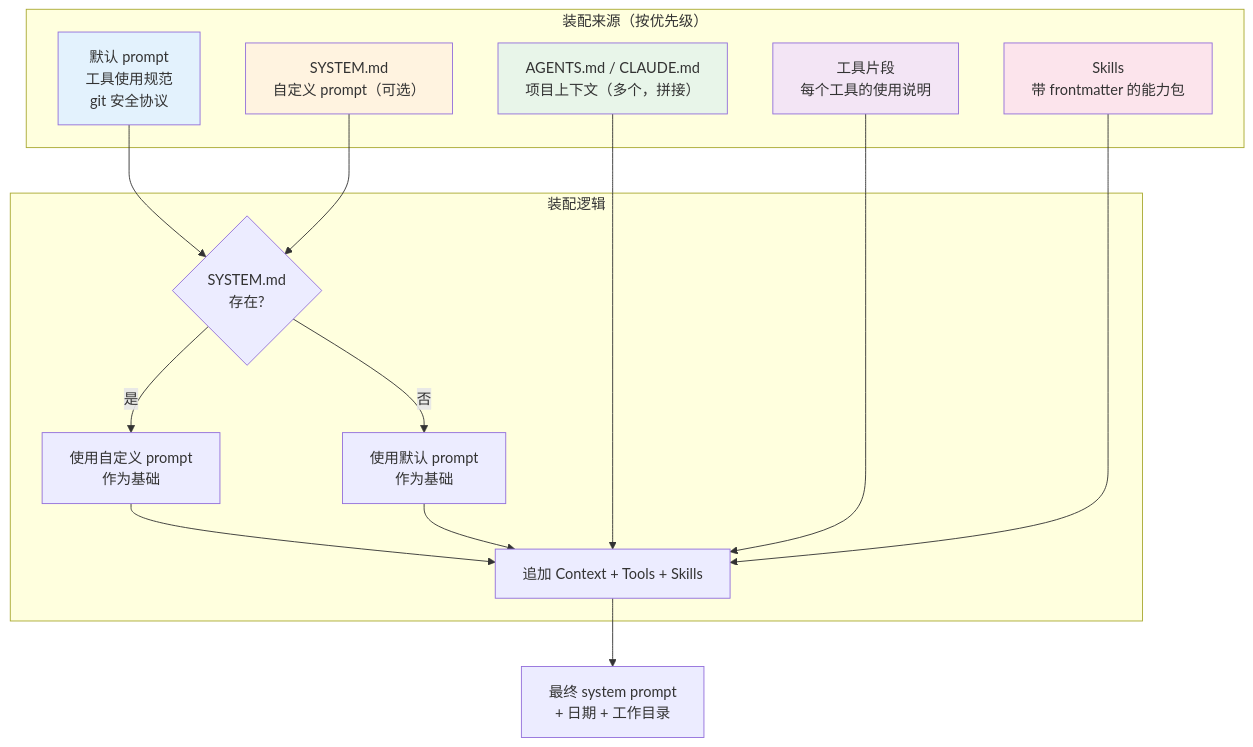
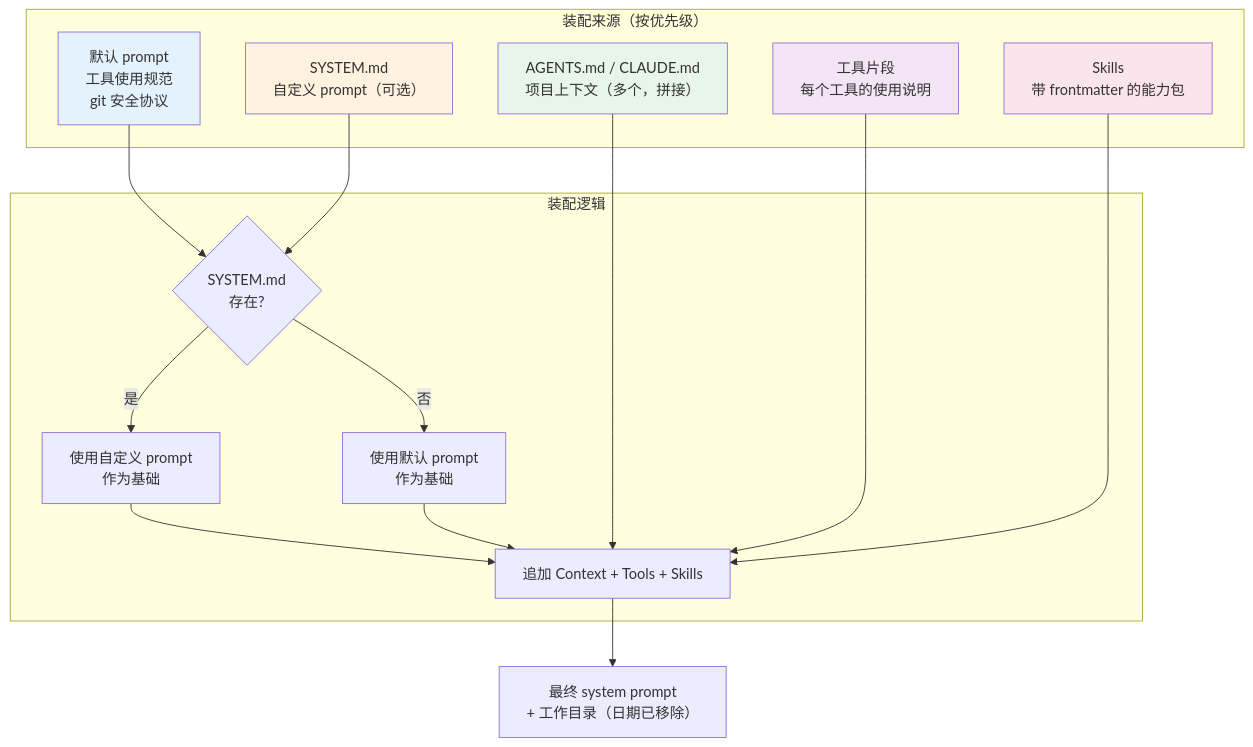
The first of 2 diagrams in src/ch14-system-prompt.md (disanrencheng/pi-book), drawn with Mermaid before and after one commit. The commit also changed other lines of this file and 69 other files, not shown here.

````diff
--- a/src/ch14-system-prompt.md
+++ b/src/ch14-system-prompt.md
@@ -13,33 +13,33 @@
 ```mermaid
 flowchart TD
     subgraph Sources["装配来源（按优先级）"]
         Default["默认 prompt\n工具使用规范\ngit 安全协议"]
         System["SYSTEM.md\n自定义 prompt（可选）"]
         Context["AGENTS.md / CLAUDE.md\n项目上下文（多个，拼接）"]
         Tools["工具片段\n每个工具的使用说明"]
         Skills["Skills\n带 frontmatter 的能力包"]
     end
     
     subgraph Assembly["装配逻辑"]
         Check{SYSTEM.md\n存在?}
         Check -->|是| UseCustom[使用自定义 prompt\n作为基础]
         Check -->|否| UseDefault[使用默认 prompt\n作为基础]
         UseCustom --> Append
         UseDefault --> Append
         Append[追加 Context + Tools + Skills]
     end
     
-    Append --> Final["最终 system prompt\n+ 日期 + 工作目录"]
+    Append --> Final["最终 system prompt\n+ 工作目录（日期已移除）"]
     
     Default --> Check
     System --> Check
     Context --> Append
     Tools --> Append
     Skills --> Append
     
     style Default fill:#e3f2fd
     style System fill:#fff3e0
     style Context fill:#e8f5e9
     style Tools fill:#f3e5f5
     style Skills fill:#fce4ec
 ```
````
